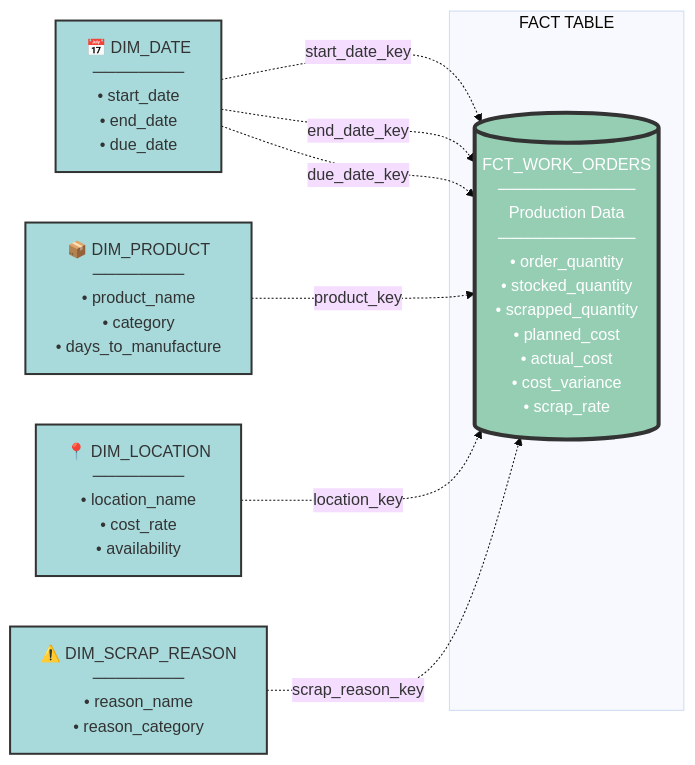
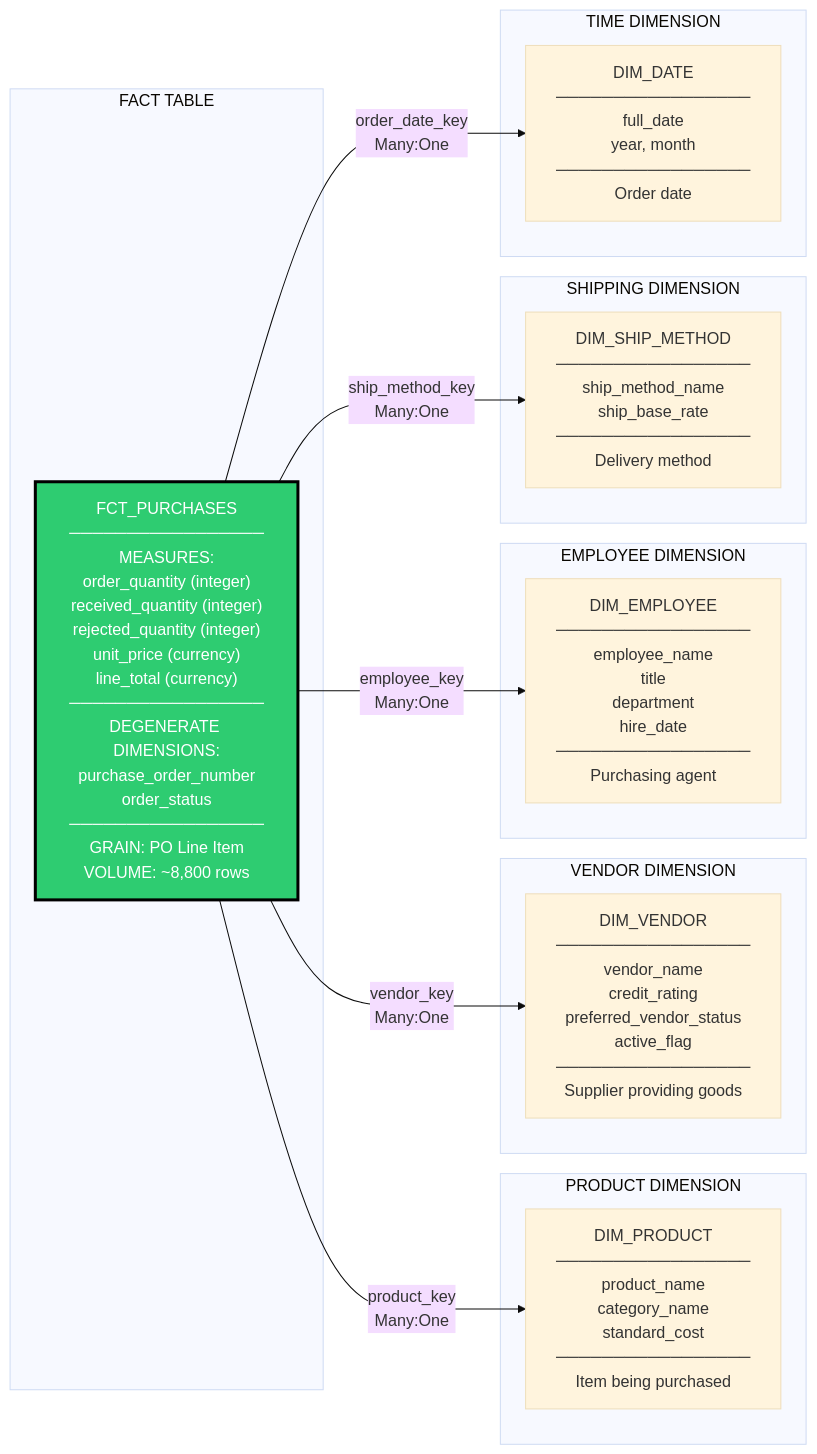
The fifth of 6 diagrams in phase_1/diagram.md (davidbryne66/hackathon), drawn with Mermaid (base theme) before and after one commit. The commit also changed other lines of this file and 43 other files, not shown here.

````diff
--- a/phase_1/diagram.md
+++ b/phase_1/diagram.md
@@ -196,24 +345,34 @@
 ```mermaid
 graph LR
     subgraph "FACT TABLE"
-        WORK[("FCT_WORK_ORDERS<br/>────────────<br/>Production Data<br/>────────────<br/>• order_quantity<br/>• stocked_quantity<br/>• scrapped_quantity<br/>• planned_cost<br/>• actual_cost<br/>• cost_variance<br/>• scrap_rate")]
+        PUR["FCT_PURCHASES<br/>─────────────────<br/>MEASURES:<br/>order_quantity (integer)<br/>received_quantity (integer)<br/>rejected_quantity (integer)<br/>unit_price (currency)<br/>line_total (currency)<br/>─────────────────<br/>DEGENERATE DIMENSIONS:<br/>purchase_order_number<br/>order_status<br/>─────────────────<br/>GRAIN: PO Line Item<br/>VOLUME: ~8,800 rows"]
     end
   
-    DATE["📅 DIM_DATE<br/>────────<br/>• start_date<br/>• end_date<br/>• due_date"]
-    PRODUCT["📦 DIM_PRODUCT<br/>────────<br/>• product_name<br/>• category<br/>• days_to_manufacture"]
-    LOCATION["📍 DIM_LOCATION<br/>────────<br/>• location_name<br/>• cost_rate<br/>• availability"]
-    SCRAP["⚠️ DIM_SCRAP_REASON<br/>────────<br/>• reason_name<br/>• reason_category"]
+    subgraph "PRODUCT DIMENSION"
+        PROD["DIM_PRODUCT<br/>─────────────────<br/>product_name<br/>category_name<br/>standard_cost<br/>─────────────────<br/>Item being purchased"]
+    end
   
-    DATE -.->|start_date_key| WORK
-    DATE -.->|end_date_key| WORK
-    DATE -.->|due_date_key| WORK
-    PRODUCT -.->|product_key| WORK
-    LOCATION -.->|location_key| WORK
-    SCRAP -.->|scrap_reason_key| WORK
+    subgraph "VENDOR DIMENSION"
+        VEND["DIM_VENDOR<br/>─────────────────<br/>vendor_name<br/>credit_rating<br/>preferred_vendor_status<br/>active_flag<br/>─────────────────<br/>Supplier providing goods"]
+    end
   
-    style WORK fill:#96ceb4,stroke:#333,stroke-width:4px,color:#fff
-    style DATE fill:#a8dadc,stroke:#333,stroke-width:2px
-    style PRODUCT fill:#a8dadc,stroke:#333,stroke-width:2px
-    style LOCATION fill:#a8dadc,stroke:#333,stroke-width:2px
-    style SCRAP fill:#a8dadc,stroke:#333,stroke-width:2px
+    subgraph "EMPLOYEE DIMENSION"
+        EMP["DIM_EMPLOYEE<br/>─────────────────<br/>employee_name<br/>title<br/>department<br/>hire_date<br/>─────────────────<br/>Purchasing agent"]
+    end
+  
+    subgraph "SHIPPING DIMENSION"
+        SHIP["DIM_SHIP_METHOD<br/>─────────────────<br/>ship_method_name<br/>ship_base_rate<br/>─────────────────<br/>Delivery method"]
+    end
+  
+    subgraph "TIME DIMENSION"
+        DATE["DIM_DATE<br/>─────────────────<br/>full_date<br/>year, month<br/>─────────────────<br/>Order date"]
+    end
+  
+    PUR -->|product_key<br/>Many:One| PROD
+    PUR -->|vendor_key<br/>Many:One| VEND
+    PUR -->|employee_key<br/>Many:One| EMP
+    PUR -->|ship_method_key<br/>Many:One| SHIP
+    PUR -->|order_date_key<br/>Many:One| DATE
+  
+    style PUR fill:#2ecc71,stroke:#000,stroke-width:3px,color:#fff
 ```
````
